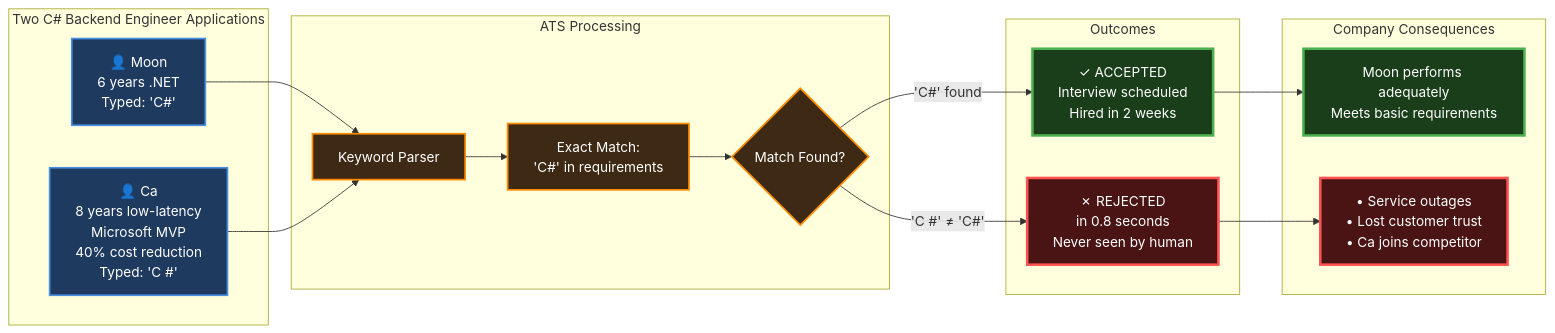
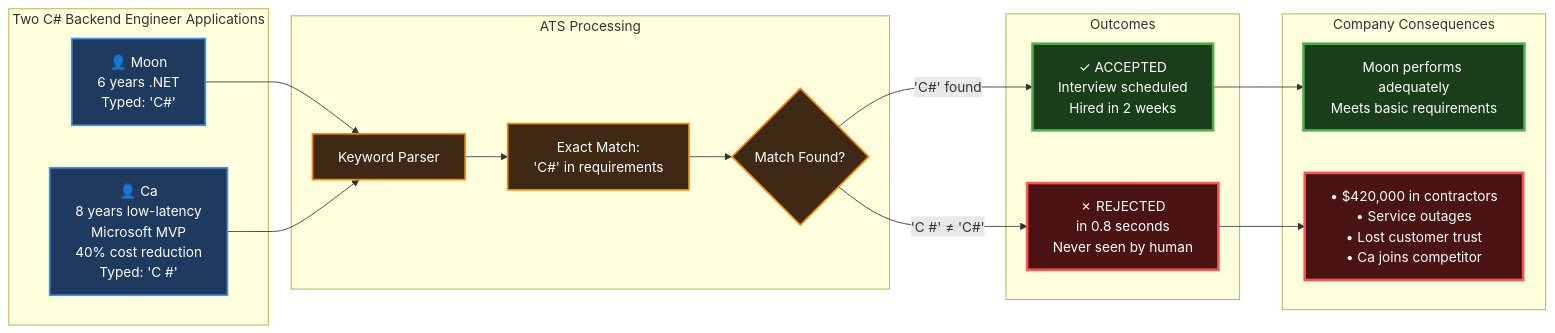
Before and after one commit to greyyT/thesis: the first of 3 diagrams in demo/slides.md, drawn with Mermaid. The commit also changed other lines of this file, not shown here.

````diff
--- a/demo/slides.md
+++ b/demo/slides.md
@@ -116,46 +65,46 @@
 ```mermaid {theme: 'dark'}
 flowchart LR
     subgraph Applications["Two C# Backend Engineer Applications"]
         Moon["👤 Moon<br/>6 years .NET<br/>Typed: 'C#'"]
         Ca["👤 Ca<br/>8 years low-latency<br/>Microsoft MVP<br/>40% cost reduction<br/>Typed: 'C #'"]
     end
 
     subgraph ATS["ATS Processing"]
         Parser["Keyword Parser"]
         Matcher["Exact Match:<br/>'C#' in requirements"]
         Decision{Match Found?}
     end
 
     subgraph Outcomes["Outcomes"]
         Accept["✓ ACCEPTED<br/>Interview scheduled<br/>Hired in 2 weeks"]
         Reject["✗ REJECTED<br/>in 0.8 seconds<br/>Never seen by human"]
     end
 
     subgraph Consequences["Company Consequences"]
         Hire["Moon performs adequately<br/>Meets basic requirements"]
-        Loss["• Service outages<br/>• Lost customer trust<br/>• Ca joins competitor"]
+        Loss["• $420,000 in contractors<br/>• Service outages<br/>• Lost customer trust<br/>• Ca joins competitor"]
     end
 
     Moon --> Parser
     Ca --> Parser
     Parser --> Matcher
     Matcher --> Decision
 
     Decision -->|"'C#' found"| Accept
     Decision -->|"'C #' ≠ 'C#'"| Reject
 
     Accept --> Hire
     Reject --> Loss
 
     %% Dark theme styling
     classDef candidate fill:#1e3a5f,stroke:#4a90e2,stroke-width:2px,color:#ffffff
     classDef system fill:#3d2914,stroke:#ff8c00,stroke-width:2px,color:#ffffff
     classDef success fill:#1a3d1a,stroke:#4caf50,stroke-width:3px,color:#ffffff
     classDef failure fill:#4a1414,stroke:#ff5252,stroke-width:3px,color:#ffffff
     classDef impact fill:#3d1a4d,stroke:#ba68c8,stroke-width:2px,color:#ffffff
 
     class Moon,Ca candidate
     class Parser,Matcher,Decision system
     class Accept,Hire success
     class Reject,Loss failure
 ```
````
